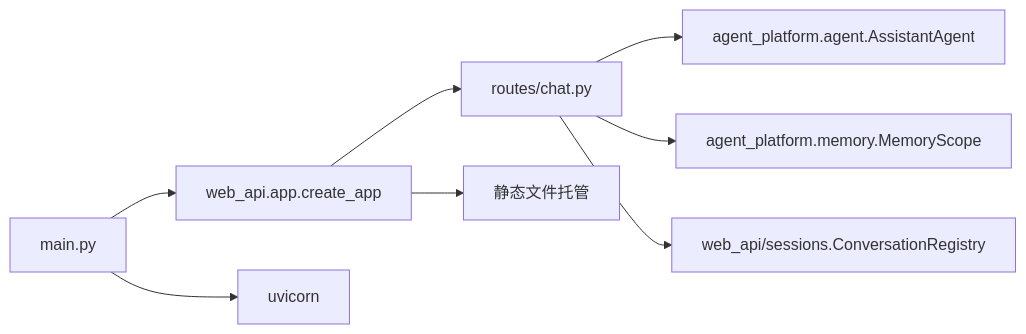
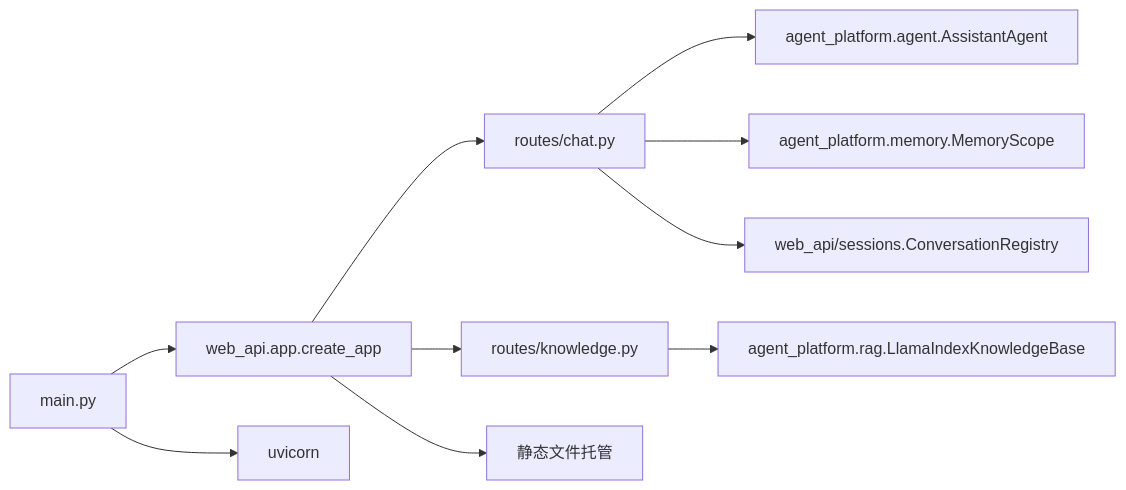
Before and after one commit to xyx1028/agentHelp: the ninth of 9 diagrams in .qoder/repowiki/zh/content/架构设计/Web API 系统.md, drawn with Mermaid. The commit also changed other lines of this file and 115 other files, not shown here.

````diff
--- a/.qoder/repowiki/zh/content/架构设计/Web API 系统.md
+++ b/.qoder/repowiki/zh/content/架构设计/Web API 系统.md
@@ -255,10 +321,12 @@
 ```mermaid
 graph LR
 Routes["routes/chat.py"] --> Agent["agent_platform.agent.AssistantAgent"]
 Routes --> Memory["agent_platform.memory.MemoryScope"]
 Routes --> Sessions["web_api/sessions.ConversationRegistry"]
+KnowledgeRoutes["routes/knowledge.py"] --> RAG["agent_platform.rag.LlamaIndexKnowledgeBase"]
 App["web_api.app.create_app"] --> Routes
+App --> KnowledgeRoutes
 App --> Static["静态文件托管"]
 Main["main.py"] --> App
 Main --> Uvicorn["uvicorn"]
 ```
````
